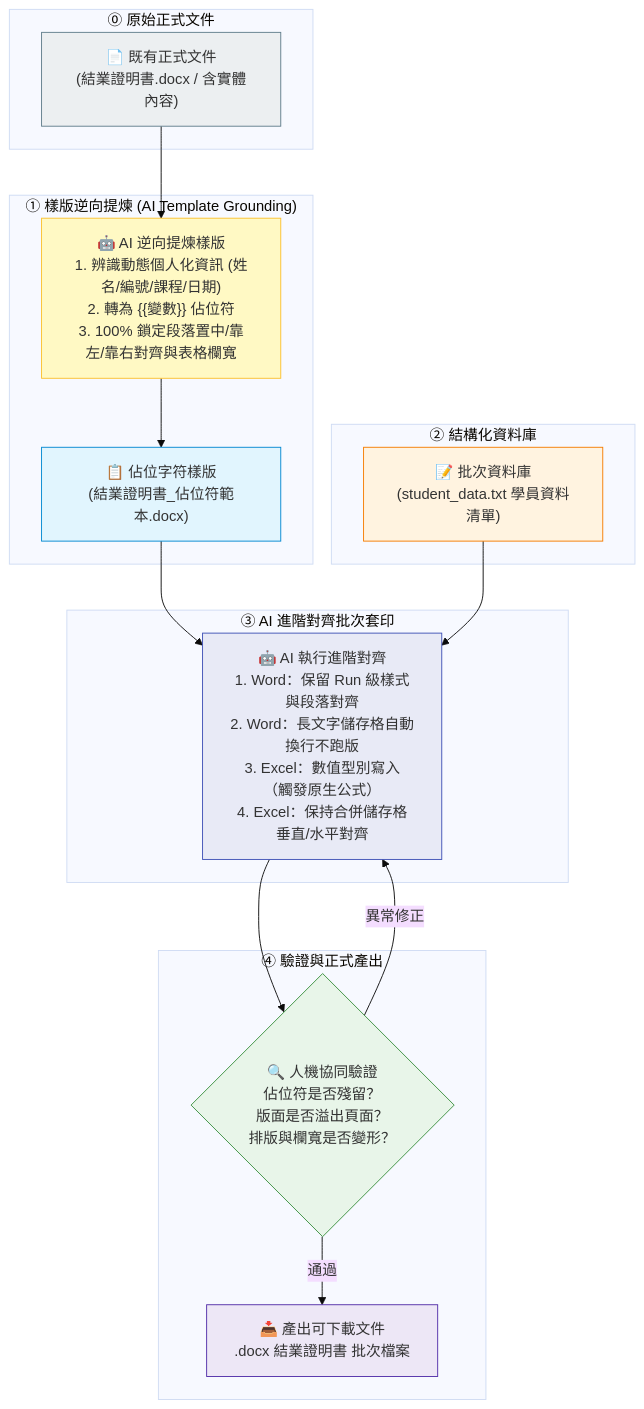
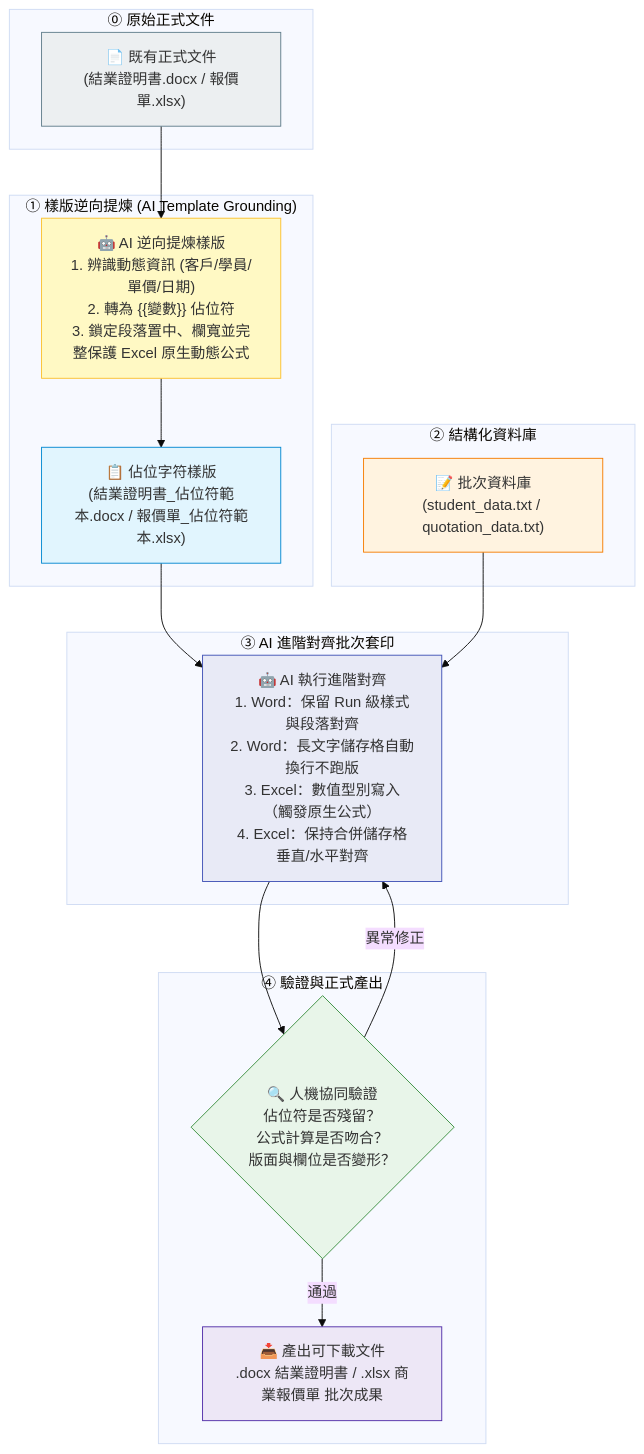
The first of 2 diagrams in 常見的AI應用/office辦公室應用進階的對齊/README.md (roberthsu2003/workflow-productivity), drawn with Mermaid (base theme) before and after one commit. The commit also changed other lines of this file and 5 other files, not shown here.

````diff
--- a/常見的AI應用/office辦公室應用進階的對齊/README.md
+++ b/常見的AI應用/office辦公室應用進階的對齊/README.md
@@ -16,40 +16,40 @@
 ```mermaid
 flowchart TD
     subgraph 原始素材["⓪ 原始正式文件"]
-        R["📄 既有正式文件\n(結業證明書.docx / 含實體內容)"]
+        R["📄 既有正式文件\n(結業證明書.docx / 報價單.xlsx)"]
     end
 
     subgraph 樣版生成["① 樣版逆向提煉 (AI Template Grounding)"]
-        EX["🤖 AI 逆向提煉樣版\n1. 辨識動態個人化資訊 (姓名/編號/課程/日期)\n2. 轉為 {{變數}} 佔位符\n3. 100% 鎖定段落置中/靠左/靠右對齊與表格欄寬"]
-        T["📋 佔位字符樣版\n(結業證明書_佔位符範本.docx)"]
+        EX["🤖 AI 逆向提煉樣版\n1. 辨識動態資訊 (客戶/學員/單價/日期)\n2. 轉為 {{變數}} 佔位符\n3. 鎖定段落置中、欄寬並完整保護 Excel 原生動態公式"]
+        T["📋 佔位字符樣版\n(結業證明書_佔位符範本.docx / 報價單_佔位符範本.xlsx)"]
     end
 
     subgraph 準備階段["② 結構化資料庫"]
-        D["📝 批次資料庫\n(student_data.txt 學員資料清單)"]
+        D["📝 批次資料庫\n(student_data.txt / quotation_data.txt)"]
     end
 
     subgraph 對齊核心["③ AI 進階對齊批次套印"]
         P["🤖 AI 執行進階對齊\n1. Word：保留 Run 級樣式與段落對齊\n2. Word：長文字儲存格自動換行不跑版\n3. Excel：數值型別寫入（觸發原生公式）\n4. Excel：保持合併儲存格垂直/水平對齊"]
     end
 
     subgraph 交付階段["④ 驗證與正式產出"]
-        V{"🔍 人機協同驗證\n佔位符是否殘留？\n版面是否溢出頁面？\n排版與欄寬是否變形？"}
-        O["📥 產出可下載文件\n.docx 結業證明書 批次檔案"]
+        V{"🔍 人機協同驗證\n佔位符是否殘留？\n公式計算是否吻合？\n版面與欄位是否變形？"}
+        O["📥 產出可下載文件\n.docx 結業證明書 / .xlsx 商業報價單 批次成果"]
     end
 
     R --> EX
     EX --> T
     T --> P
     D --> P
     P --> V
     V -- 通過 --> O
     V -- 異常修正 --> P
 
     style R fill:#ECEFF1,stroke:#607D8B
     style EX fill:#FFF9C4,stroke:#FBC02D
     style T fill:#E1F5FE,stroke:#0288D1
     style D fill:#FFF3E0,stroke:#F57C00
     style P fill:#E8EAF6,stroke:#3F51B5
     style V fill:#E8F5E9,stroke:#388E3C
     style O fill:#EDE7F6,stroke:#512DA8
 ```
````
